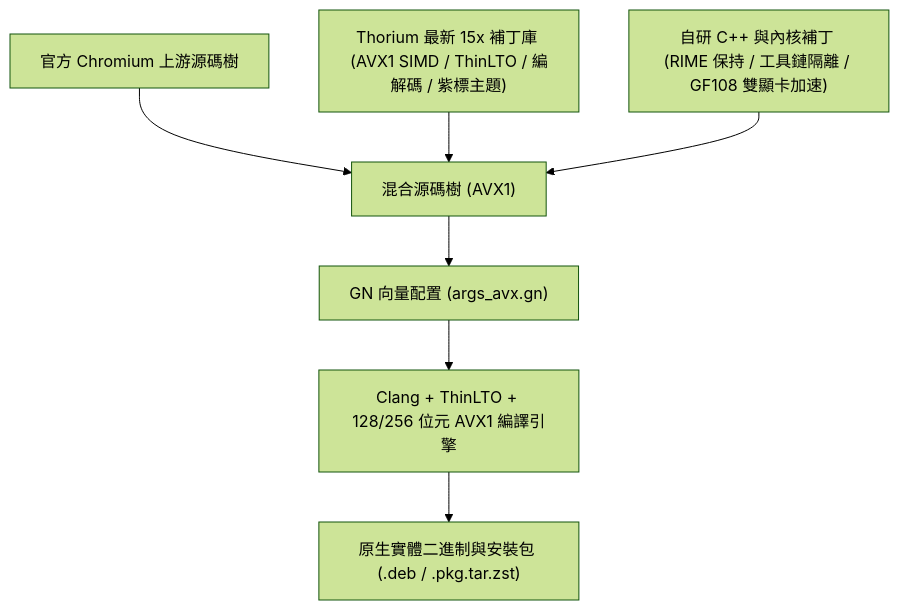
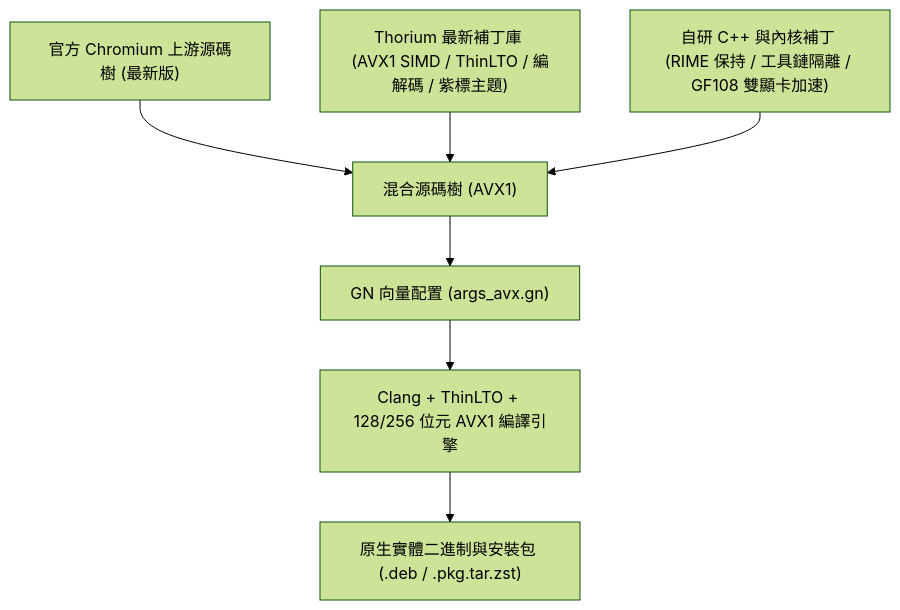
Before and after one commit to obhasashare2024-namo/thorium-avx1-rime: the diagram in README_zh.md, drawn with Mermaid (forest theme). The commit also changed other lines of this file and 2 other files, not shown here.

````diff
--- a/README_zh.md
+++ b/README_zh.md
@@ -22,9 +22,9 @@
 ```mermaid
 graph TD
-    A["官方 Chromium 上游源碼樹"] --> D["混合源碼樹 (AVX1)"]
-    B["Thorium 最新 15x 補丁庫 (AVX1 SIMD / ThinLTO / 編解碼 / 紫標主題)"] --> D
+    A["官方 Chromium 上游源碼樹 (最新版)"] --> D["混合源碼樹 (AVX1)"]
+    B["Thorium 最新補丁庫 (AVX1 SIMD / ThinLTO / 編解碼 / 紫標主題)"] --> D
     C["自研 C++ 與內核補丁 (RIME 保持 / 工具鏈隔離 / GF108 雙顯卡加速)"] --> D
     D --> E["GN 向量配置 (args_avx.gn)"]
     E --> F["Clang + ThinLTO + 128/256 位元 AVX1 編譯引擎"]
     F --> G["原生實體二進制與安裝包 (.deb / .pkg.tar.zst)"]
 ```
````
